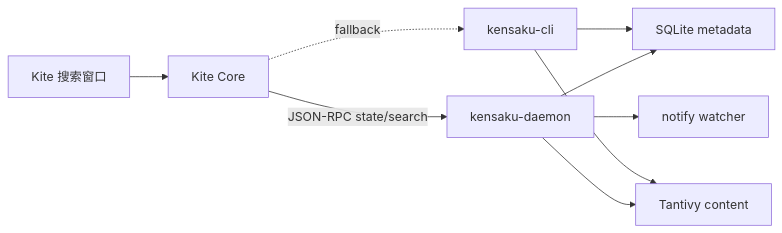
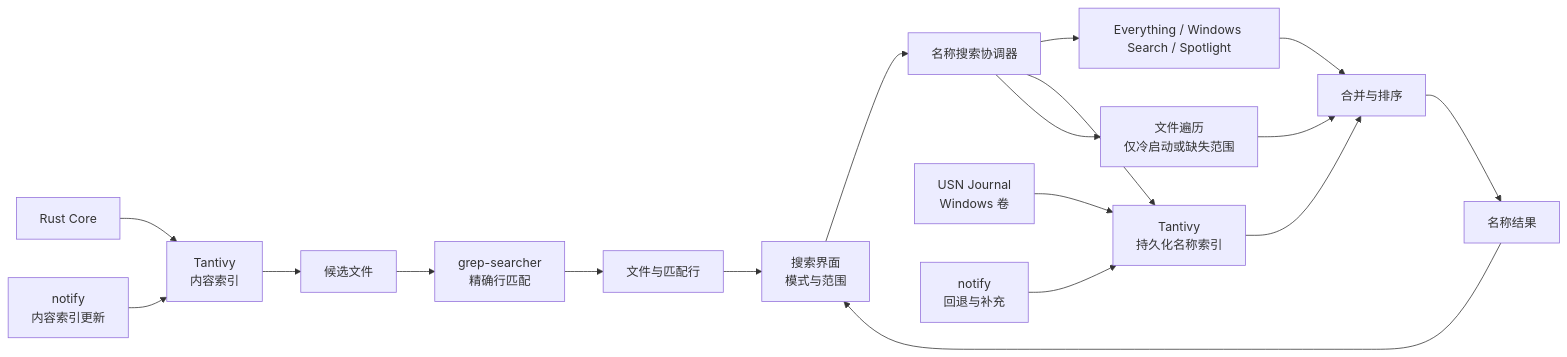
Before and after one commit to wyz541/kite: the diagram in docs/architecture/content-search.md, drawn with Mermaid. The commit also changed other lines of this file and 39 other files, not shown here.

Commit message:
revert: restore built-in global search index

````diff
--- a/docs/architecture/content-search.md
+++ b/docs/architecture/content-search.md
@@ -23,11 +36,20 @@
 ```mermaid
 flowchart LR
-    UI[Kite 搜索窗口] --> CORE[Kite Core]
-    CORE -->|JSON-RPC state/search| DAEMON[kensaku-daemon]
-    CORE -.fallback.-> CLI[kensaku-cli]
-    DAEMON --> DB[SQLite metadata]
-    DAEMON --> CONTENT[Tantivy content]
-    DAEMON --> WATCH[notify watcher]
-    CLI --> DB
-    CLI --> CONTENT
+    UI[搜索界面<br/>模式与范围] --> COORD[名称搜索协调器]
+    COORD --> FAST[Everything / Windows Search / Spotlight]
+    COORD --> NAMEIDX[Tantivy<br/>持久化名称索引]
+    COORD --> WALK[文件遍历<br/>仅冷启动或缺失范围]
+    FAST --> MERGE[合并与排序]
+    NAMEIDX --> MERGE
+    WALK --> MERGE
+    WATCH1[USN Journal<br/>Windows 卷] --> NAMEIDX
+    WATCH3[notify<br/>回退与补充] --> NAMEIDX
+    MERGE --> NAME[名称结果]
+    CORE[Rust Core] --> INDEX[Tantivy<br/>内容索引]
+    INDEX --> CANDIDATE[候选文件]
+    CANDIDATE --> VERIFY[grep-searcher<br/>精确行匹配]
+    WATCH2[notify<br/>内容索引更新] --> INDEX
+    VERIFY --> CONTENT[文件与匹配行]
+    NAME --> UI
+    CONTENT --> UI
 ```
````
